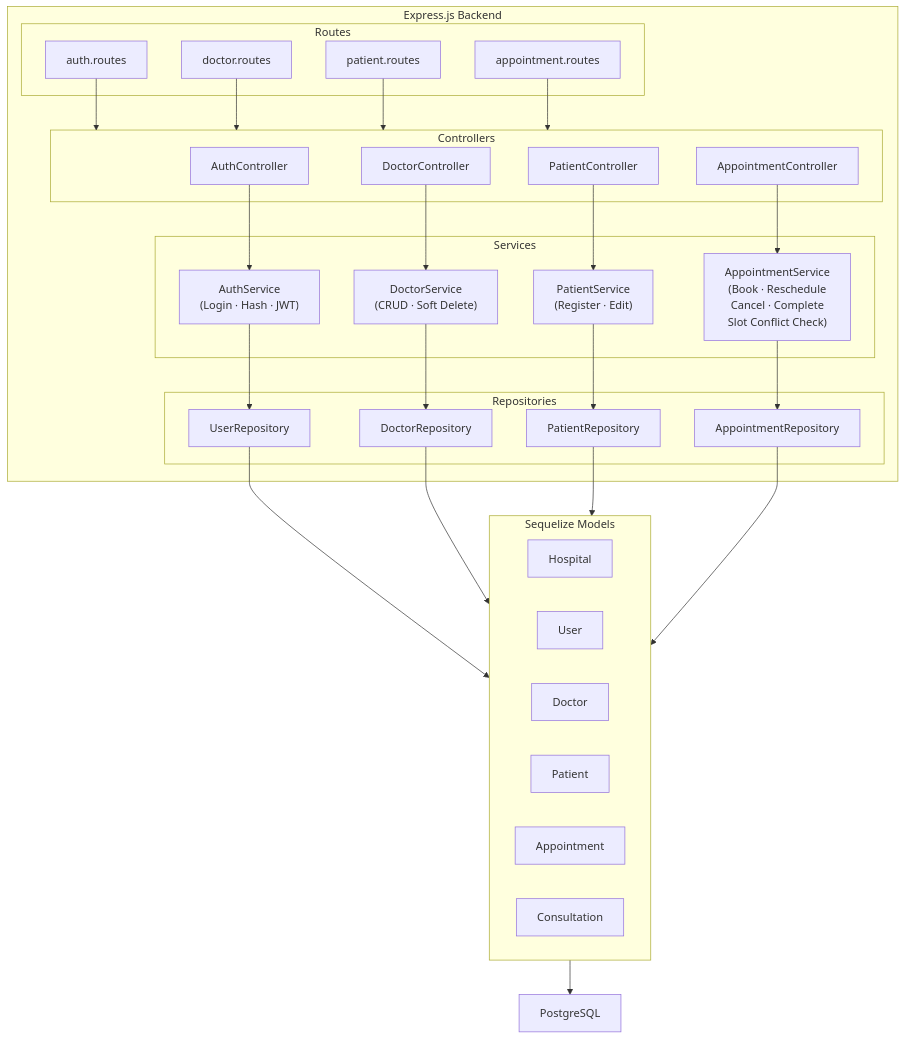
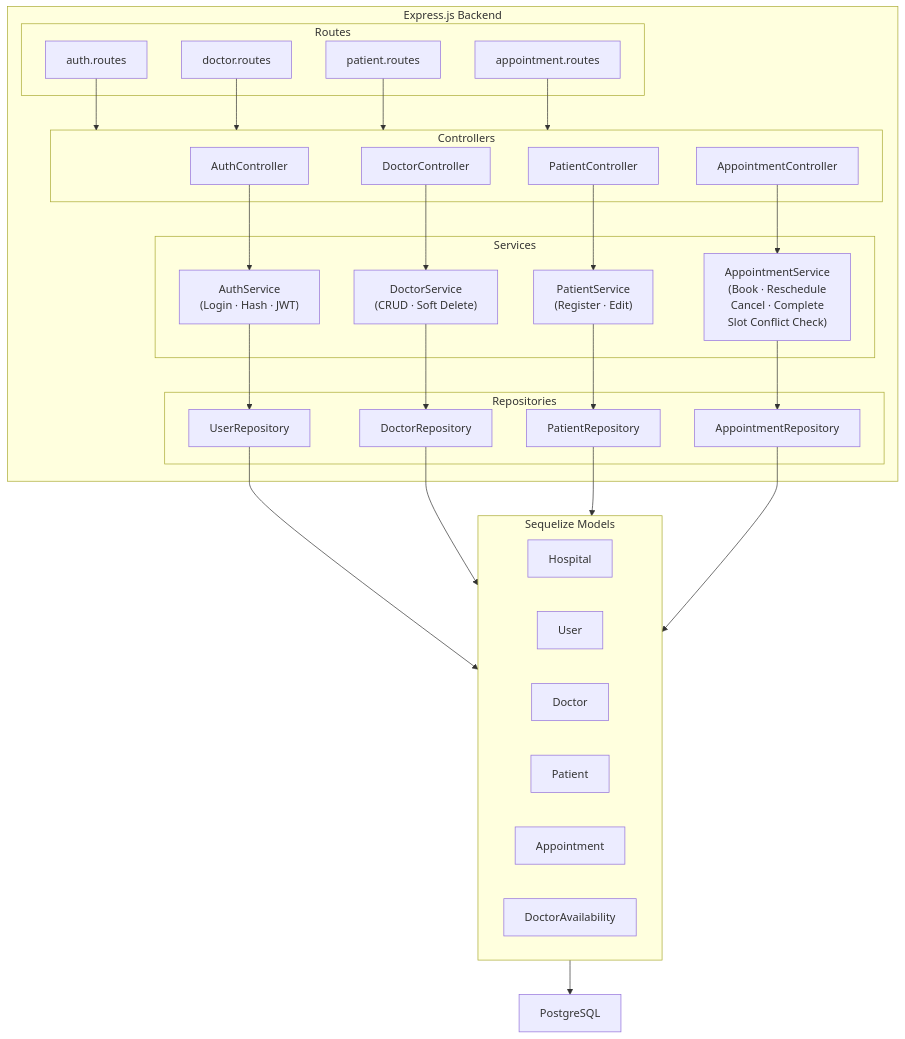
One commit to AmbyHasan/HMS changed the sixth of 10 diagrams in docs/01-Architecure-Design.md. Above: the diagram before and after it, drawn with Mermaid.

Commit message:
Fix architecture route

````diff
--- a/docs/01-Architecure-Design.md
+++ b/docs/01-Architecure-Design.md
@@ -282,55 +282,55 @@
 ```mermaid
 graph TD
     subgraph Backend["Express.js Backend"]
         subgraph Routes["Routes"]
             AuthR["auth.routes"]
             DoctorR["doctor.routes"]
             PatientR["patient.routes"]
             ApptR["appointment.routes"]
         end
 
         subgraph Controllers["Controllers"]
             AuthCtrl["AuthController"]
             DoctorCtrl["DoctorController"]
             PatientCtrl["PatientController"]
             ApptCtrl["AppointmentController"]
         end
 
         subgraph Services["Services"]
             AuthSvc["AuthService\n(Login · Hash · JWT)"]
             DoctorSvc["DoctorService\n(CRUD · Soft Delete)"]
             PatientSvc["PatientService\n(Register · Edit)"]
             ApptSvc["AppointmentService\n(Book · Reschedule\nCancel · Complete\nSlot Conflict Check)"]
         end
 
         subgraph Repositories["Repositories"]
             UserRepo["UserRepository"]
             DoctorRepo["DoctorRepository"]
             PatientRepo["PatientRepository"]
             ApptRepo["AppointmentRepository"]
         end
     end
 
     subgraph Models["Sequelize Models"]
         HospitalM["Hospital"]
         UserM["User"]
         DoctorM["Doctor"]
         PatientM["Patient"]
         ApptM["Appointment"]
-        ConsultM["Consultation"]
+        DoctorAvailabilitytM["DoctorAvailability"]
     end
 
     PG["PostgreSQL"]
 
     AuthR & DoctorR & PatientR & ApptR --> Controllers
     AuthCtrl --> AuthSvc
     DoctorCtrl --> DoctorSvc
     PatientCtrl --> PatientSvc
     ApptCtrl --> ApptSvc
     AuthSvc --> UserRepo
     DoctorSvc --> DoctorRepo
     PatientSvc --> PatientRepo
     ApptSvc --> ApptRepo
     UserRepo & DoctorRepo & PatientRepo & ApptRepo --> Models
     Models --> PG
 ```
````
